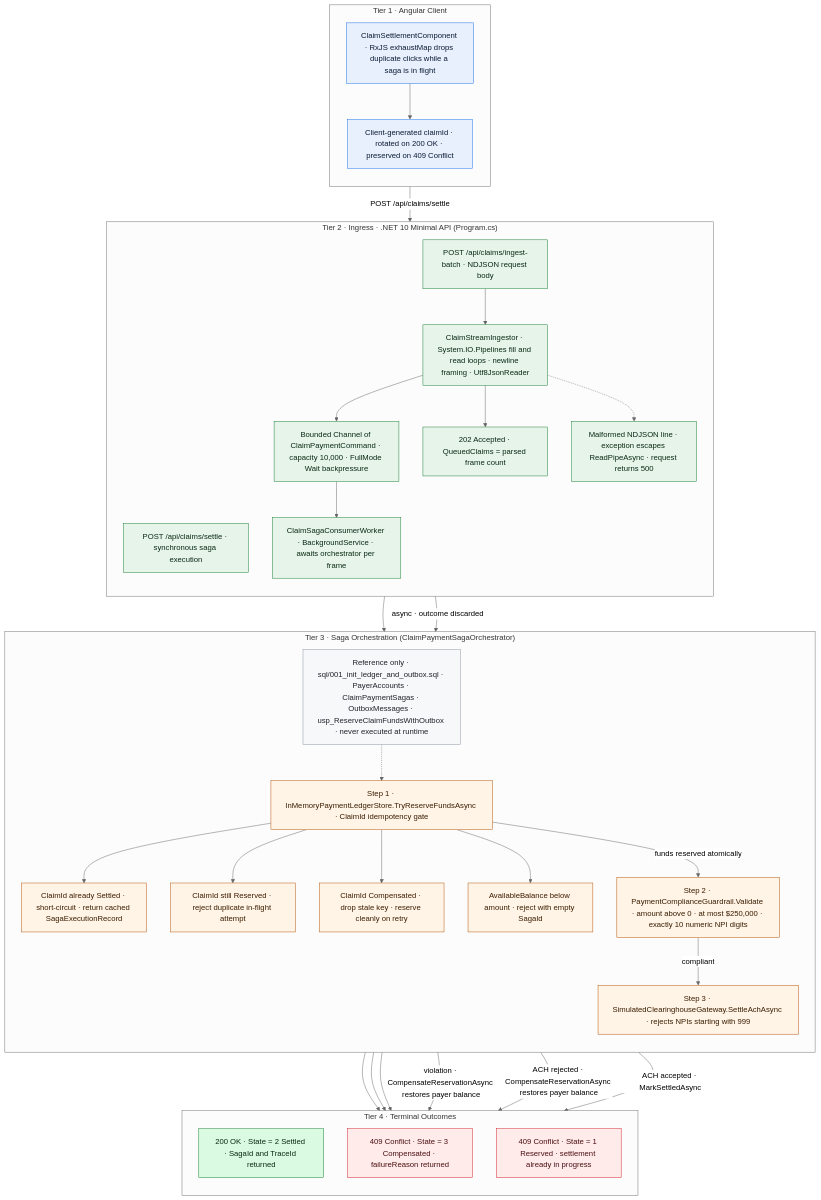
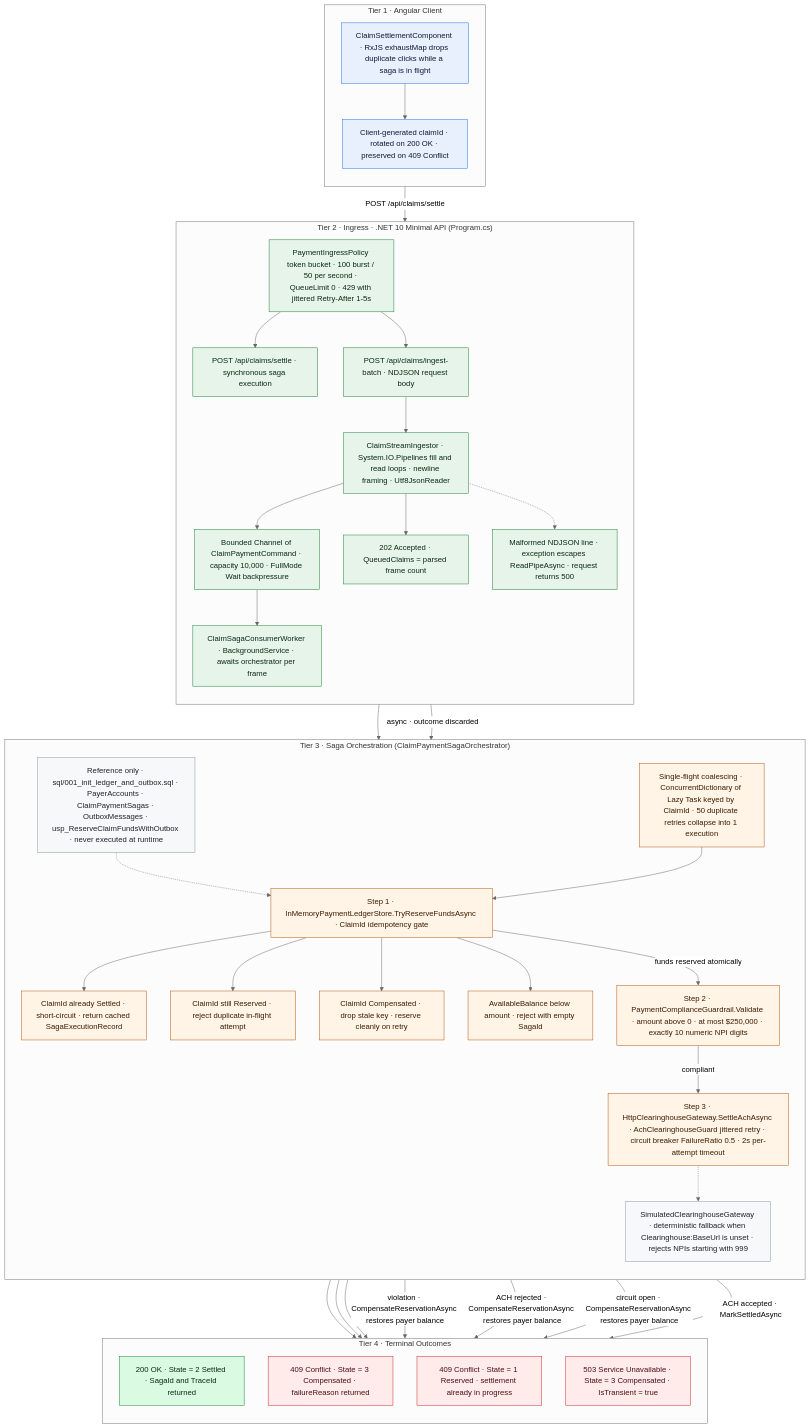
The diagram in README.md (jmwuerth/healthcare-payments-saga-ops), drawn with Mermaid (neutral theme) before and after one commit. The commit also changed other lines of this file and 19 other files, not shown here.

Commit message:
feat: add circuit breaker, jittered retries, single-flight coalescing, and supply-chain security

````diff
--- a/README.md
+++ b/README.md
@@ -61,6 +61,7 @@
 
     subgraph INGRESS["Tier 2 · Ingress · .NET 10 Minimal API (Program.cs)"]
         direction TB
+        RATE["PaymentIngressPolicy token bucket · 100 burst / 50 per second · QueueLimit 0 · 429 with jittered Retry-After 1-5s"]
         SETTLE["POST /api/claims/settle · synchronous saga execution"]
         BATCH["POST /api/claims/ingest-batch · NDJSON request body"]
         ING["ClaimStreamIngestor · System.IO.Pipelines fill and read loops · newline framing · Utf8JsonReader"]
@@ -68,6 +69,8 @@
         WORKER["ClaimSagaConsumerWorker · BackgroundService · awaits orchestrator per frame"]
         ACC["202 Accepted · QueuedClaims = parsed frame count"]
         POISON["Malformed NDJSON line · exception escapes ReadPipeAsync · request returns 500"]
+        RATE --> SETTLE
+        RATE --> BATCH
         BATCH --> ING
         ING --> CHAN
         CHAN --> WORKER
@@ -75,17 +78,19 @@
         ING -.-> POISON
     end
 
-    KEY -->|"POST /api/claims/settle"| SETTLE
+    KEY -->|"POST /api/claims/settle"| RATE
 
     subgraph SAGA["Tier 3 · Saga Orchestration (ClaimPaymentSagaOrchestrator)"]
         direction TB
+        COALESCE["Single-flight coalescing · ConcurrentDictionary of Lazy Task keyed by ClaimId · 50 duplicate retries collapse into 1 execution"]
         S1["Step 1 · InMemoryPaymentLedgerStore.TryReserveFundsAsync · ClaimId idempotency gate"]
         S1A["ClaimId already Settled · short-circuit · return cached SagaExecutionRecord"]
         S1B["ClaimId still Reserved · reject duplicate in-flight attempt"]
         S1C["ClaimId Compensated · drop stale key · reserve cleanly on retry"]
         S1D["AvailableBalance below amount · reject with empty SagaId"]
         S2["Step 2 · PaymentComplianceGuardrail.Validate · amount above 0 · at most $250,000 · exactly 10 numeric NPI digits"]
-        S3["Step 3 · SimulatedClearinghouseGateway.SettleAchAsync · rejects NPIs starting with 999"]
+        S3["Step 3 · HttpClearinghouseGateway.SettleAchAsync · AchClearinghouseGuard jittered retry · circuit breaker FailureRatio 0.5 · 2s per-attempt timeout"]
+        SIM["SimulatedClearinghouseGateway · deterministic fallback when Clearinghouse:BaseUrl is unset · rejects NPIs starting with 999"]
         DDL["Reference only · sql/001_init_ledger_and_outbox.sql · PayerAccounts · ClaimPaymentSagas · OutboxMessages · usp_ReserveClaimFundsWithOutbox · never executed at runtime"]
         S1 --> S1A
         S1 --> S1B
@@ -94,16 +99,19 @@
         S1 -->|"funds reserved atomically"| S2
         S2 -->|"compliant"| S3
         DDL -.-> S1
+        S3 -.-> SIM
     end
 
-    SETTLE --> S1
-    WORKER -->|"async · outcome discarded"| S1
+    SETTLE --> COALESCE
+    COALESCE --> S1
+    WORKER -->|"async · outcome discarded"| COALESCE
 
     subgraph OUTCOME["Tier 4 · Terminal Outcomes"]
         direction TB
         OK["200 OK · State = 2 Settled · SagaId and TraceId returned"]
         CONFLICT["409 Conflict · State = 3 Compensated · failureReason returned"]
         BUSY["409 Conflict · State = 1 Reserved · settlement already in progress"]
+        UNAVAILABLE["503 Service Unavailable · State = 3 Compensated · IsTransient = true"]
     end
 
     S1A --> OK
@@ -111,6 +119,7 @@
     S1D --> CONFLICT
     S2 -->|"violation · CompensateReservationAsync restores payer balance"| CONFLICT
     S3 -->|"ACH rejected · CompensateReservationAsync restores payer balance"| CONFLICT
+    S3 -->|"circuit open · CompensateReservationAsync restores payer balance"| UNAVAILABLE
     S3 -->|"ACH accepted · MarkSettledAsync"| OK
 
     classDef client fill:#e8f0fe,stroke:#1a73e8,color:#0b1b33
@@ -121,9 +130,9 @@
     classDef ref fill:#f6f8fa,stroke:#8c959f,color:#1f2328
 
     class UI,KEY client
-    class SETTLE,BATCH,ING,CHAN,WORKER,ACC,POISON ingress
-    class S1,S1A,S1B,S1C,S1D,S2,S3 saga
+    class RATE,SETTLE,BATCH,ING,CHAN,WORKER,ACC,POISON ingress
+    class COALESCE,S1,S1A,S1B,S1C,S1D,S2,S3 saga
     class OK ok
-    class CONFLICT,BUSY err
-    class DDL ref
+    class CONFLICT,BUSY,UNAVAILABLE err
+    class DDL,SIM ref
 ```
````
